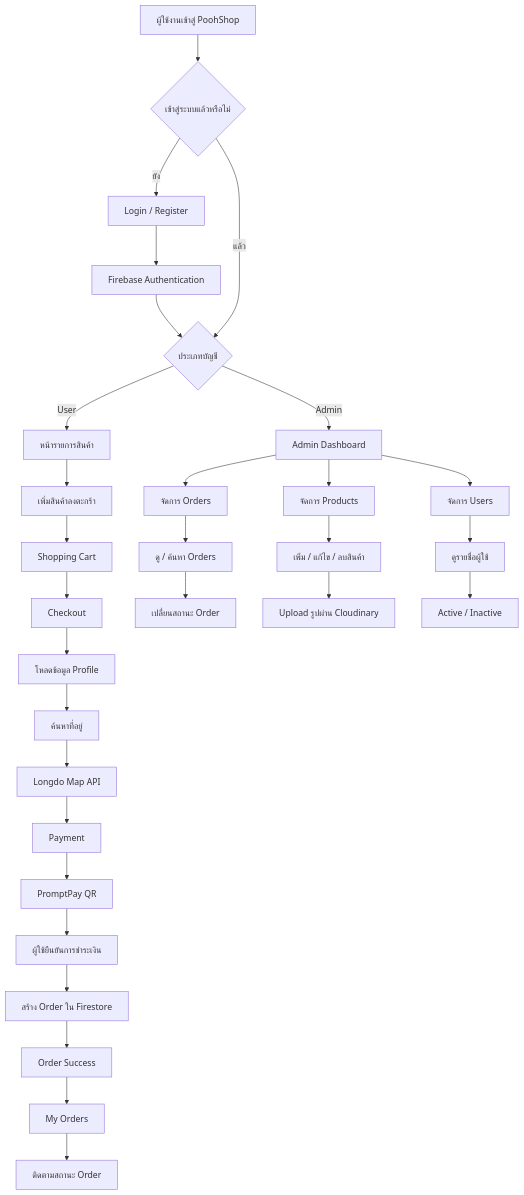
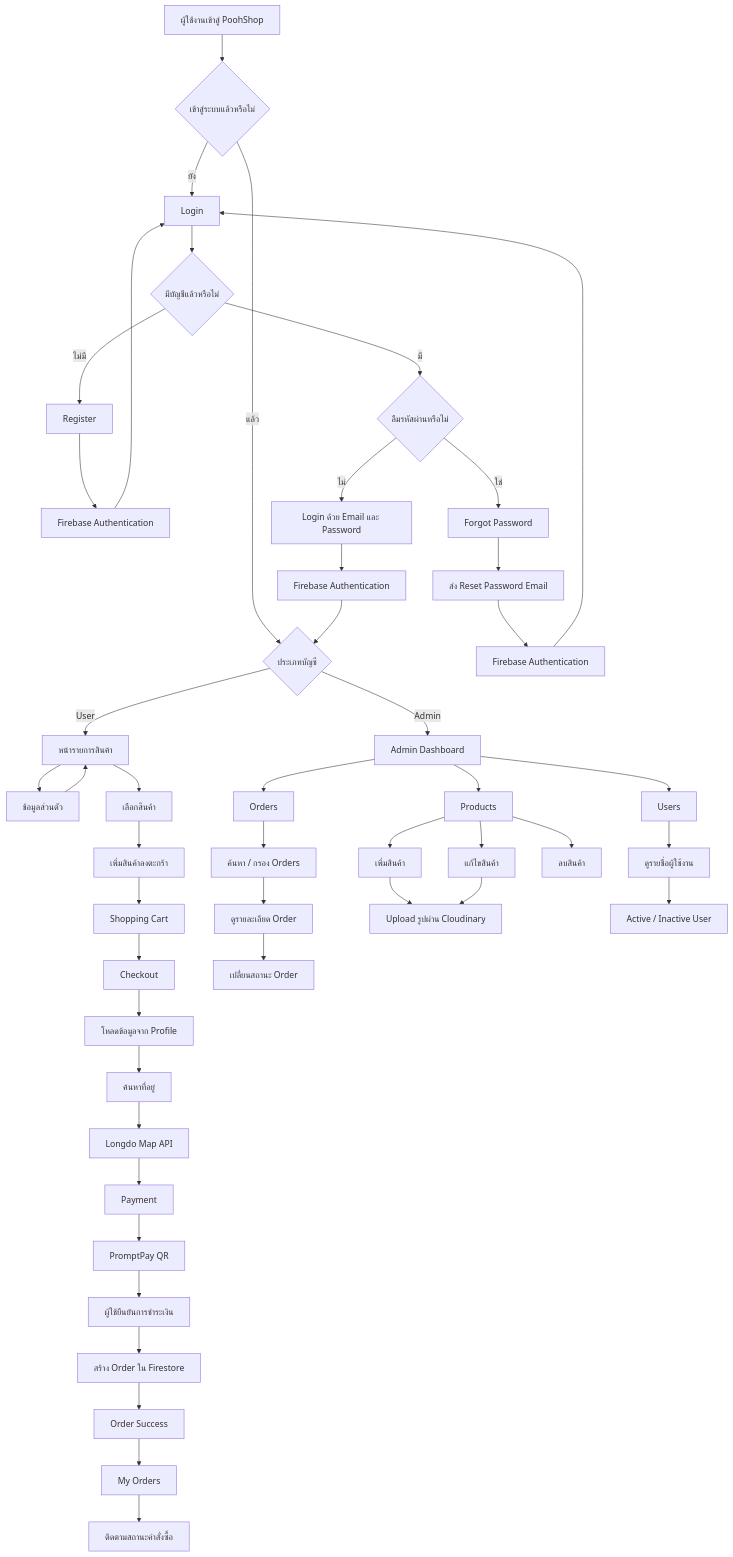
Before and after one commit to Woodpekerrr/pooh-shop: the diagram in README.md, drawn with Mermaid. The commit also changed other lines of this file and 11 other files, not shown here.

````diff
--- a/README.md
+++ b/README.md
@@ -100,42 +105,64 @@
 ```mermaid
 flowchart TD
     A[ผู้ใช้งานเข้าสู่ PoohShop] --> B{เข้าสู่ระบบแล้วหรือไม่}
 
-    B -- ยัง --> C[Login / Register]
-    C --> D[Firebase Authentication]
-    D --> E{ประเภทบัญชี}
+    B -- ยัง --> C[Login]
+    B -- แล้ว --> H{ประเภทบัญชี}
 
-    B -- แล้ว --> E
+    C --> D{มีบัญชีแล้วหรือไม่}
 
-    E -- User --> F[หน้ารายการสินค้า]
-    E -- Admin --> N[Admin Dashboard]
+    D -- ไม่มี --> E[Register]
+    E --> F[Firebase Authentication]
+    F --> C
 
-    F --> G[เพิ่มสินค้าลงตะกร้า]
-    G --> H[Shopping Cart]
-    H --> I[Checkout]
+    D -- มี --> G{ลืมรหัสผ่านหรือไม่}
 
-    I --> J[โหลดข้อมูล Profile]
-    J --> K[ค้นหาที่อยู่]
-    K --> L[Longdo Map API]
-    L --> M[Payment]
+    G -- ใช่ --> RP[Forgot Password]
+    RP --> RE[ส่ง Reset Password Email]
+    RE --> RA[Firebase Authentication]
+    RA --> C
 
-    M --> P[PromptPay QR]
-    P --> Q[ผู้ใช้ยืนยันการชำระเงิน]
-    Q --> R[สร้าง Order ใน Firestore]
-    R --> S[Order Success]
-    S --> T[My Orders]
-    T --> U[ติดตามสถานะ Order]
+    G -- ไม่ --> LI[Login ด้วย Email และ Password]
+    LI --> FA[Firebase Authentication]
+    FA --> H
 
-    N --> V[จัดการ Orders]
-    N --> W[จัดการ Products]
-    N --> X[จัดการ Users]
+    H -- User --> I[หน้ารายการสินค้า]
+    H -- Admin --> AD[Admin Dashboard]
 
-    V --> Y[ดู / ค้นหา Orders]
-    Y --> Z[เปลี่ยนสถานะ Order]
+    I --> PF[ข้อมูลส่วนตัว]
+    PF --> I
 
-    W --> AA[เพิ่ม / แก้ไข / ลบสินค้า]
-    AA --> AB[Upload รูปผ่าน Cloudinary]
+    I --> J[เลือกสินค้า]
+    J --> K[เพิ่มสินค้าลงตะกร้า]
+    K --> L[Shopping Cart]
+    L --> M[Checkout]
 
-    X --> AC[ดูรายชื่อผู้ใช้]
-    AC --> AD[Active / Inactive]
+    M --> N[โหลดข้อมูลจาก Profile]
+    N --> O[ค้นหาที่อยู่]
+    O --> P[Longdo Map API]
+    P --> Q[Payment]
+
+    Q --> R[PromptPay QR]
+    R --> S[ผู้ใช้ยืนยันการชำระเงิน]
+    S --> T[สร้าง Order ใน Firestore]
+    T --> U[Order Success]
+    U --> V[My Orders]
+    V --> W[ติดตามสถานะคำสั่งซื้อ]
+
+    AD --> AO[Orders]
+    AD --> AP[Products]
+    AD --> AU[Users]
+
+    AO --> AO1[ค้นหา / กรอง Orders]
+    AO1 --> AO2[ดูรายละเอียด Order]
+    AO2 --> AO3[เปลี่ยนสถานะ Order]
+
+    AP --> AP1[เพิ่มสินค้า]
+    AP --> AP2[แก้ไขสินค้า]
+    AP --> AP3[ลบสินค้า]
+    AP1 --> CL[Upload รูปผ่าน Cloudinary]
+    AP2 --> CL
+
+    AU --> AU1[ดูรายชื่อผู้ใช้งาน]
+    AU1 --> AU2[Active / Inactive User]
 ```
````
